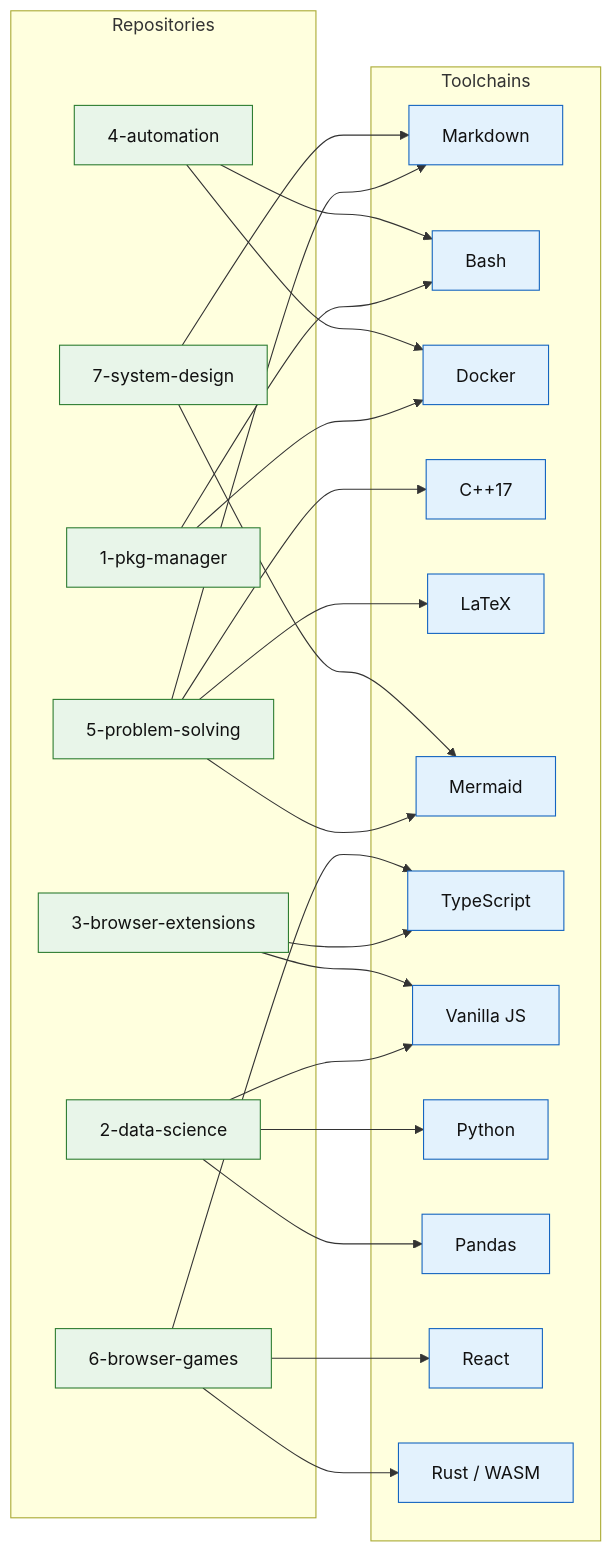
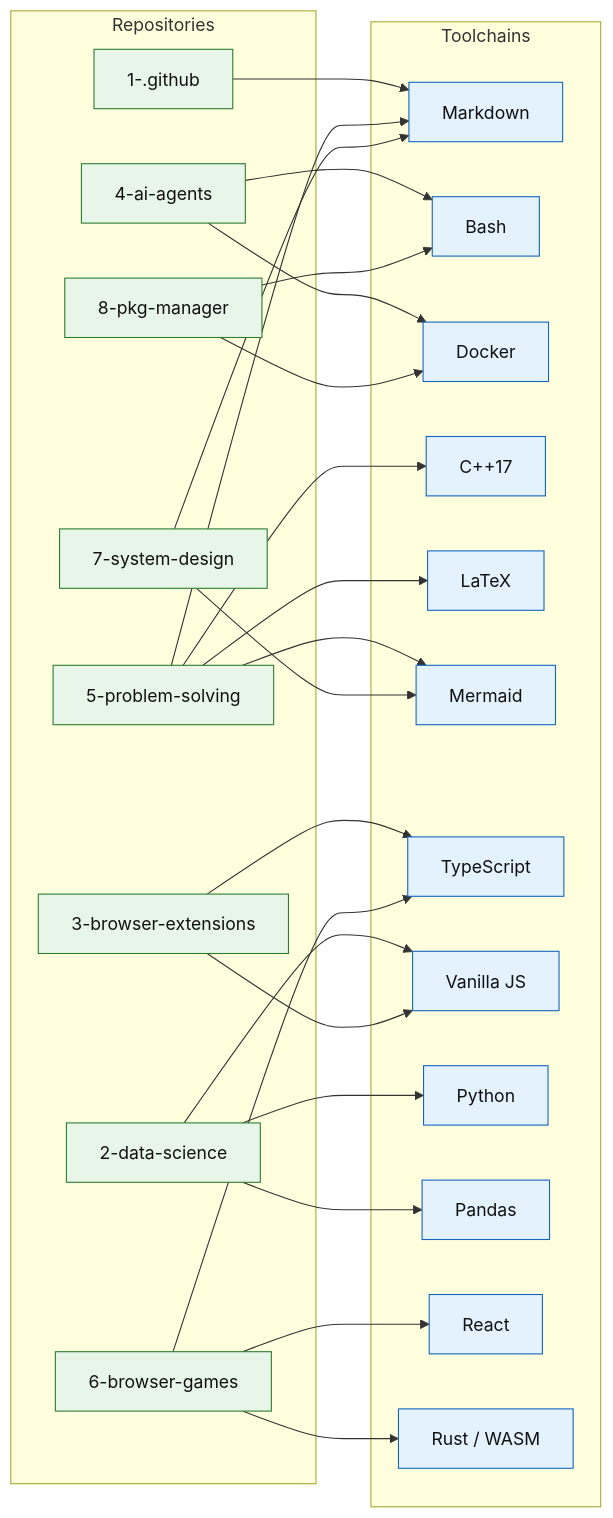
Before and after one commit to dei-care/interview: the diagram in docs/ecosystem.md, drawn with Mermaid. The commit also changed other lines of this file, not shown here.

Commit message:
docs: renumber ecosystem map (#27)
* chore: dispatch repo-status to ai-agents

* docs: renumber ecosystem map (.github=1, ai-agents=4, pkg-manager=8)

---------

````diff
--- a/docs/ecosystem.md
+++ b/docs/ecosystem.md
@@ -7,51 +7,53 @@
 ```mermaid
 flowchart LR
     subgraph REPOS[Repositories]
-        PKG[1-pkg-manager]
+        GH[1-.github]
         DS[2-data-science]
         EXT[3-browser-extensions]
-        AUTO[4-automation]
+        AUTO[4-ai-agents]
         PS[5-problem-solving]
         GAMES[6-browser-games]
         SD[7-system-design]
+        PKG[8-pkg-manager]
     end
 
     subgraph TOOLS[Toolchains]
         MD[Markdown]
         BASH[Bash]
         DOCKER[Docker]
         CPP[C++17]
         LA[LaTeX]
         MERMAID[Mermaid]
         TS[TypeScript]
         VJS[Vanilla JS]
         PY[Python]
         PANDAS[Pandas]
         REACT[React]
         RUSTW[Rust / WASM]
     end
 
-    PKG --> BASH
-    PKG --> DOCKER
+    GH --> MD
     DS --> PY
     DS --> PANDAS
     DS --> VJS
     EXT --> TS
     EXT --> VJS
     AUTO --> BASH
     AUTO --> DOCKER
     PS --> MD
     PS --> CPP
     PS --> LA
     PS --> MERMAID
     GAMES --> RUSTW
     GAMES --> REACT
     GAMES --> TS
     SD --> MD
     SD --> MERMAID
+    PKG --> BASH
+    PKG --> DOCKER
 
     classDef repo fill:#e8f5e9,#66bb6a,stroke:#2e7d32,color:#111
     classDef tool fill:#e3f2fd,#42a5f5,stroke:#1565c0,color:#111
-    class PKG,DS,EXT,AUTO,PS,GAMES,SD repo
+    class GH,DS,EXT,AUTO,PS,GAMES,SD,PKG repo
     class MD,BASH,DOCKER,CPP,LA,MERMAID,TS,VJS,PY,PANDAS,REACT,RUSTW tool
 ```
````
